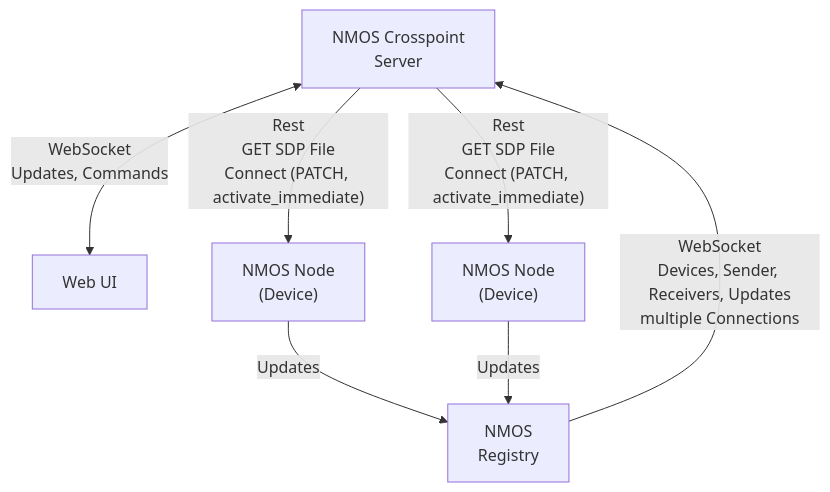
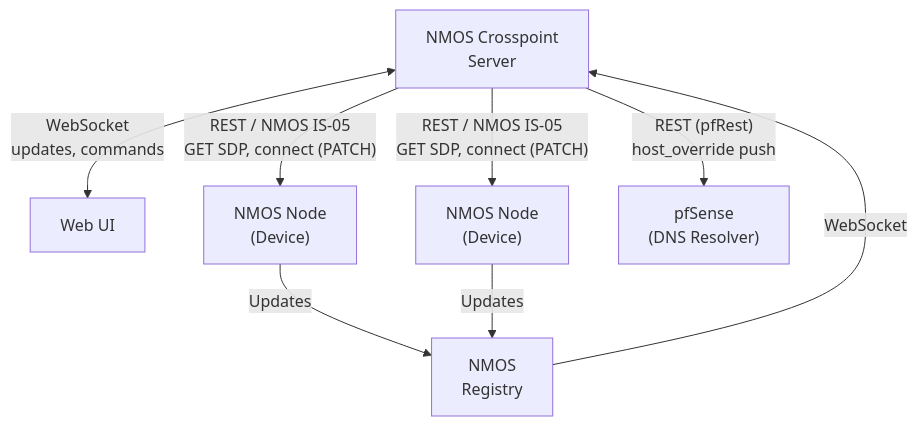
The diagram in README.md (Gemini2350/nmos_crosspoint), drawn with Mermaid before and after one commit. The commit also changed other lines of this file and 26 other files, not shown here.

````diff
--- a/README.md
+++ b/README.md
@@ -61,15 +95,15 @@
 ```mermaid
 flowchart TD
-    server[NMOS Crosspoint\nServer] <-- WebSocket\nUpdates, Commands --> client[Web UI]
+    server["NMOS Crosspoint\nServer"] <-- WebSocket\nupdates, commands --> client["Web UI"]
     node1["NMOS Node\n(Device)"]
     node2["NMOS Node\n(Device)"]
+    pfsense["pfSense\n(DNS Resolver)"]
 
-    registry[NMOS\nRegistry] -- WebSocket\nDevices, Sender, Receivers, Updates\nmultiple Connections --> server
+    registry["NMOS\nRegistry"] -- WebSocket --> server
     node1 -- Updates --> registry
     node2 -- Updates --> registry
 
-    server -- "Rest\nGET SDP File\nConnect (PATCH, activate_immediate)" --> node1
-    server -- "Rest\nGET SDP File\nConnect (PATCH, activate_immediate)" --> node2
-
-
+    server -- "REST / NMOS IS-05\nGET SDP, connect (PATCH)" --> node1
+    server -- "REST / NMOS IS-05\nGET SDP, connect (PATCH)" --> node2
+    server -- "REST (pfRest)\nhost_override push" --> pfsense
 ```
````
